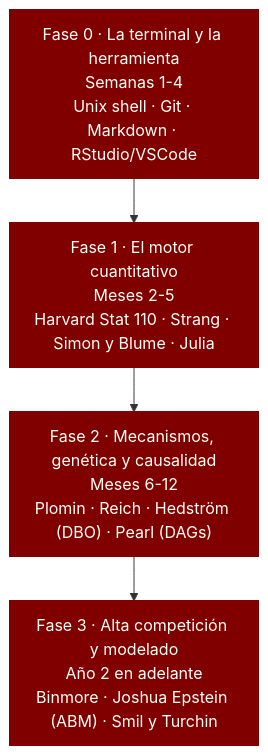
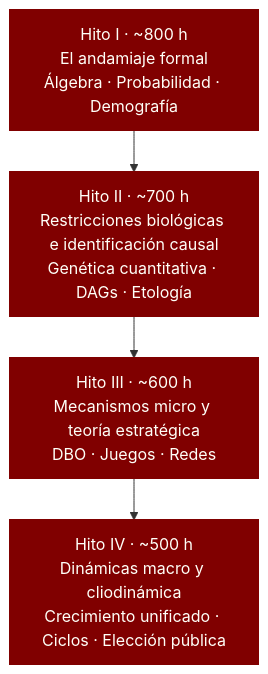
One commit to danielgccr/nuevasomosaguas changed the diagram in guia_autodidacta.qmd. Above: the diagram before and after it, drawn with Mermaid. The commit also changed other lines of this file and 7 other files, not shown here.

````diff
--- a/guia_autodidacta.qmd
+++ b/guia_autodidacta.qmd
@@ -31,16 +34,16 @@
 ```{mermaid}
-%%| label: fig-fases
-%%| fig-cap: "Las cuatro fases de la ruta autodidacta."
+%%| label: fig-hitos
+%%| fig-cap: "Los cuatro hitos, con su presupuesto de horas netas."
 
-%%{init: {"flowchart": {"htmlLabels": false, "nodeSpacing": 30, "rankSpacing": 45, "padding": 12, "useMaxWidth": true}}}%%
-flowchart TD
-    F0["Fase 0 · La terminal y la herramienta<br/>Semanas 1-4<br/>Unix shell · Git · Markdown · RStudio/VSCode"]
-    F1["Fase 1 · El motor cuantitativo<br/>Meses 2-5<br/>Harvard Stat 110 · Strang · Simon y Blume · Julia"]
-    F2["Fase 2 · Mecanismos, genética y causalidad<br/>Meses 6-12<br/>Plomin · Reich · Hedström (DBO) · Pearl (DAGs)"]
-    F3["Fase 3 · Alta competición y modelado<br/>Año 2 en adelante<br/>Binmore · Joshua Epstein (ABM) · Smil y Turchin"]
+%%{init: {"flowchart": {"nodeSpacing": 26, "rankSpacing": 42, "padding": 12, "useMaxWidth": true}}}%%
+flowchart TB
+    H1["Hito I · ~800 h<br/>El andamiaje formal<br/>Álgebra · Probabilidad · Demografía"]
+    H2["Hito II · ~700 h<br/>Restricciones biológicas e identificación causal<br/>Genética cuantitativa · DAGs · Etología"]
+    H3["Hito III · ~600 h<br/>Mecanismos micro y teoría estratégica<br/>DBO · Juegos · Redes"]
+    H4["Hito IV · ~500 h<br/>Dinámicas macro y cliodinámica<br/>Crecimiento unificado · Ciclos · Elección pública"]
 
-    F0 --> F1 --> F2 --> F3
+    H1 --> H2 --> H3 --> H4
 
-    classDef fase fill:#800000,stroke:#800000,stroke-width:2px,color:#fffff8
-    class F0,F1,F2,F3 fase
+    classDef hito fill:#800000,stroke:#800000,stroke-width:2px,color:#fffff8
+    class H1,H2,H3,H4 hito
 ```
````
